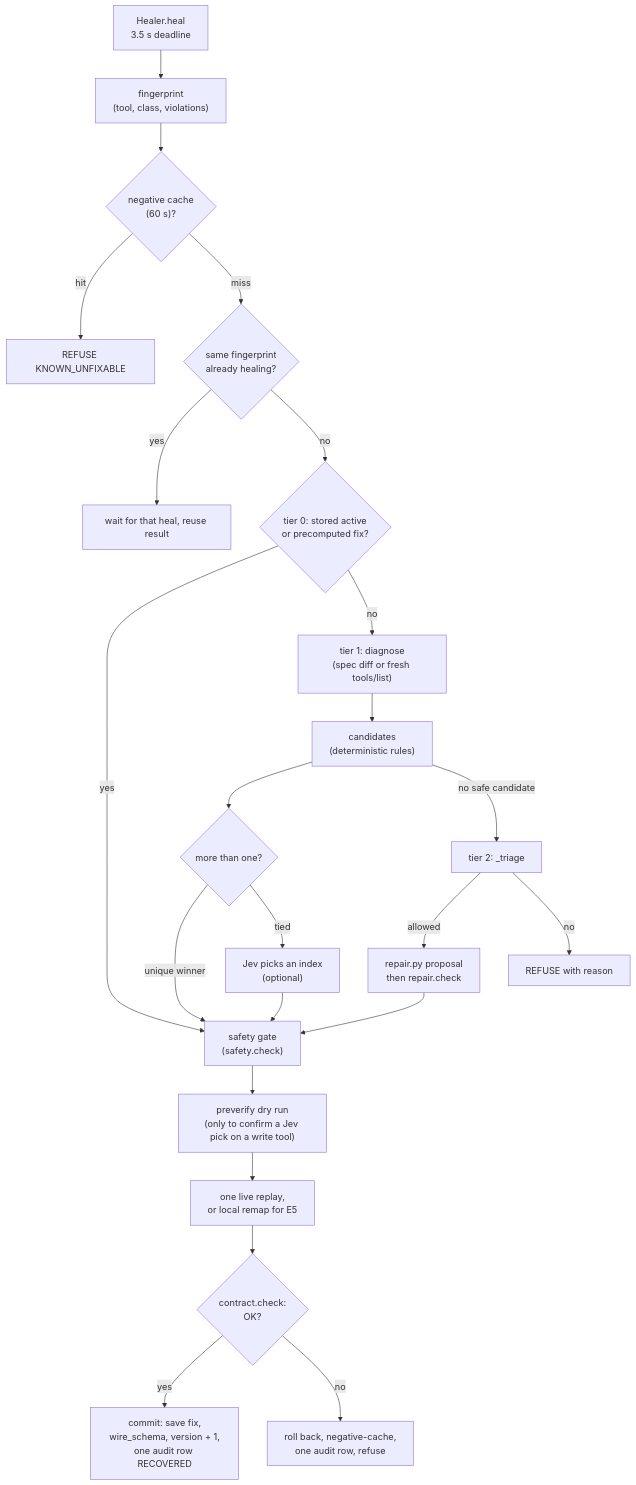
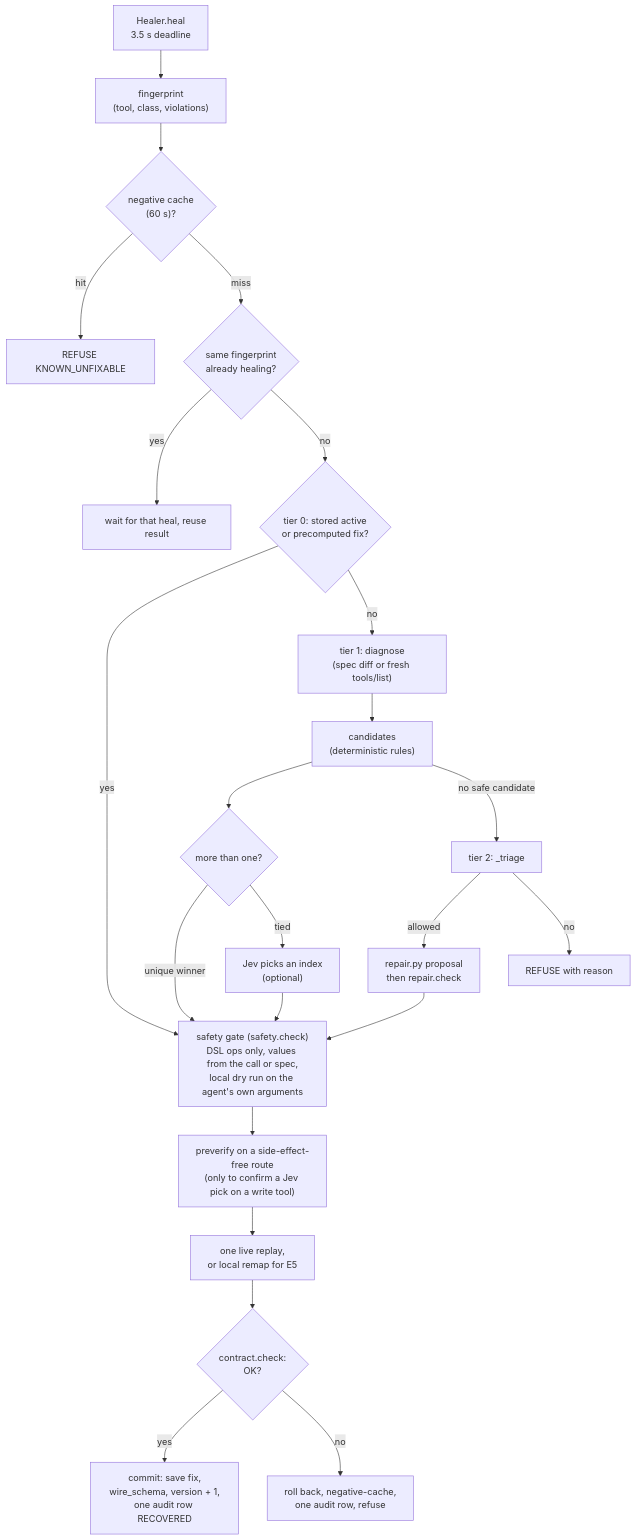
Before and after one commit to 000wahab000/self-healing-tool-registry: the third of 5 diagrams in FLOW.md, drawn with Mermaid.

Commit message:
docs(flow): the safety gate always dry-runs the fix locally; preverify is the extra write-tool check

````diff
--- a/FLOW.md
+++ b/FLOW.md
@@ -59,23 +59,23 @@
 ```mermaid
 flowchart TD
     S["Healer.heal<br/>3.5 s deadline"] --> FP["fingerprint<br/>(tool, class, violations)"]
     FP --> NC{"negative cache<br/>(60 s)?"}
     NC -- hit --> KU["REFUSE KNOWN_UNFIXABLE"]
     NC -- miss --> SF{"same fingerprint<br/>already healing?"}
     SF -- yes --> WAIT["wait for that heal, reuse result"]
     SF -- no --> T0{"tier 0: stored active<br/>or precomputed fix?"}
     T0 -- yes --> GATE
     T0 -- no --> DG["tier 1: diagnose<br/>(spec diff or fresh tools/list)"]
     DG --> CAND["candidates<br/>(deterministic rules)"]
     CAND --> TB{"more than one?"}
     TB -- "unique winner" --> GATE
     TB -- "tied" --> JEV["Jev picks an index<br/>(optional)"] --> GATE
     CAND -- "no safe candidate" --> TRI["tier 2: _triage"]
     TRI -- allowed --> REP["repair.py proposal<br/>then repair.check"] --> GATE
     TRI -- no --> RF["REFUSE with reason"]
-    GATE["safety gate<br/>(safety.check)"] --> PV["preverify dry run<br/>(only to confirm a Jev pick on a write tool)"]
+    GATE["safety gate (safety.check)<br/>DSL ops only, values from the call or spec,<br/>local dry run on the agent's own arguments"] --> PV["preverify on a side-effect-free route<br/>(only to confirm a Jev pick on a write tool)"]
     PV --> VER["one live replay,<br/>or local remap for E5"]
     VER --> CT{"contract.check:<br/>OK?"}
     CT -- yes --> COM["commit: save fix,<br/>wire_schema, version + 1,<br/>one audit row RECOVERED"]
     CT -- no --> RB["roll back, negative-cache,<br/>one audit row, refuse"]
 ```
````
